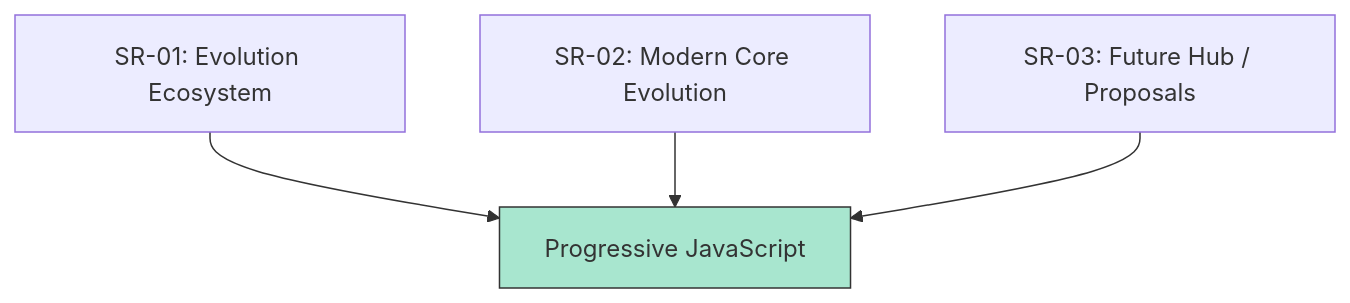
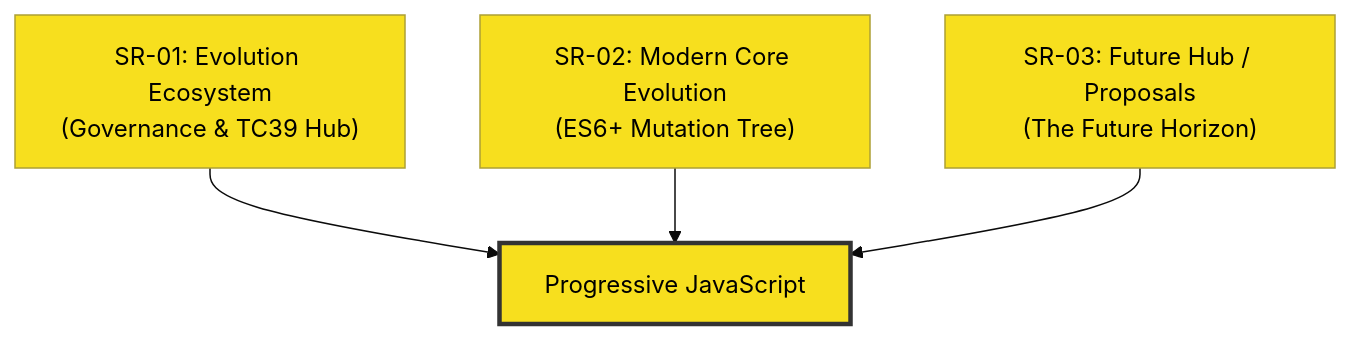
One commit to syahputrawork98-sketch/JavaScript-Knowledge-Base changed the diagram in RAK-03-evolution-esnext/README.md. Above: the diagram before and after it, drawn with Mermaid. The commit also changed other lines of this file and 63 other files, not shown here.

Commit message:
feat: initialize evolution-esnext knowledge base structure with comprehensive documentation and code examples

````diff
--- a/RAK-03-evolution-esnext/README.md
+++ b/RAK-03-evolution-esnext/README.md
@@ -9,8 +11,9 @@
 ```mermaid
+%%{init: {'theme': 'base', 'themeVariables': { 'primaryColor': '#F7DF1E', 'primaryTextColor': '#000'}}}%%
 graph TD
-    Eco["SR-01: Evolution Ecosystem"] --> Hub["Progressive JavaScript"]
-    Core["SR-02: Modern Core Evolution"] --> Hub
-    Fut["SR-03: Future Hub / Proposals"] --> Hub
+    Eco["SR-01: Evolution Ecosystem<br/>(Governance & TC39 Hub)"] --> Hub["Progressive JavaScript"]
+    Core["SR-02: Modern Core Evolution<br/>(ES6+ Mutation Tree)"] --> Hub
+    Fut["SR-03: Future Hub / Proposals<br/>(The Future Horizon)"] --> Hub
 
-    style Hub fill:#a8e6cf,stroke:#333
+    style Hub fill:#f7df1e,stroke:#333,stroke-width:3px
 ```
````
